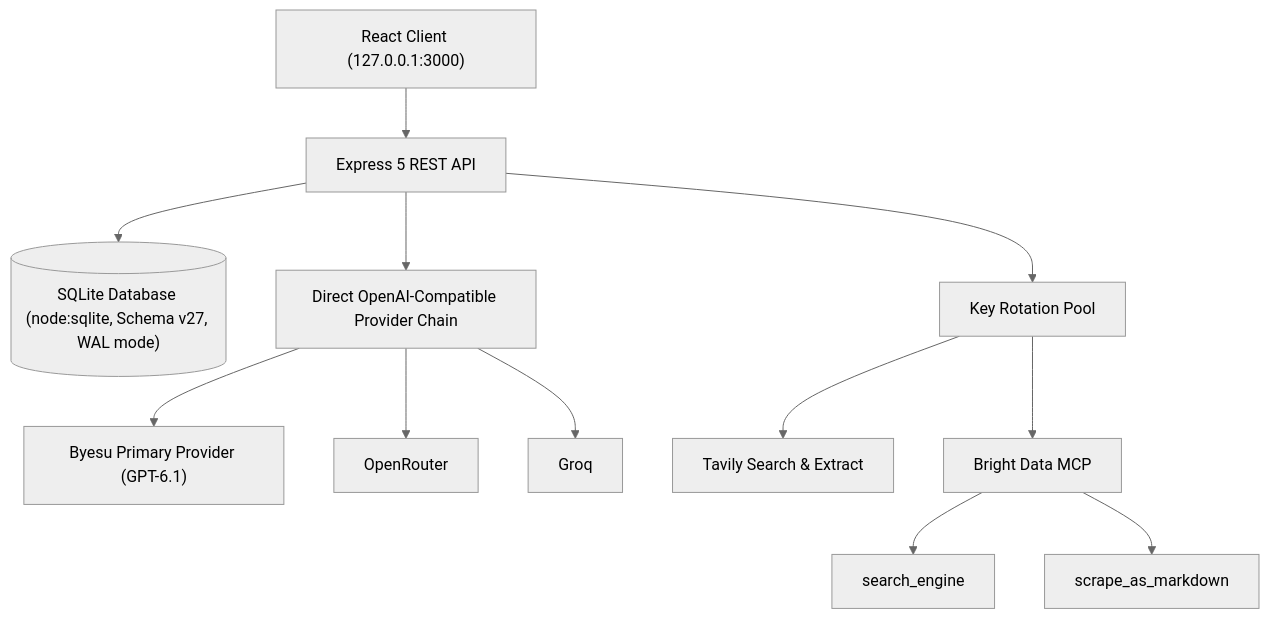
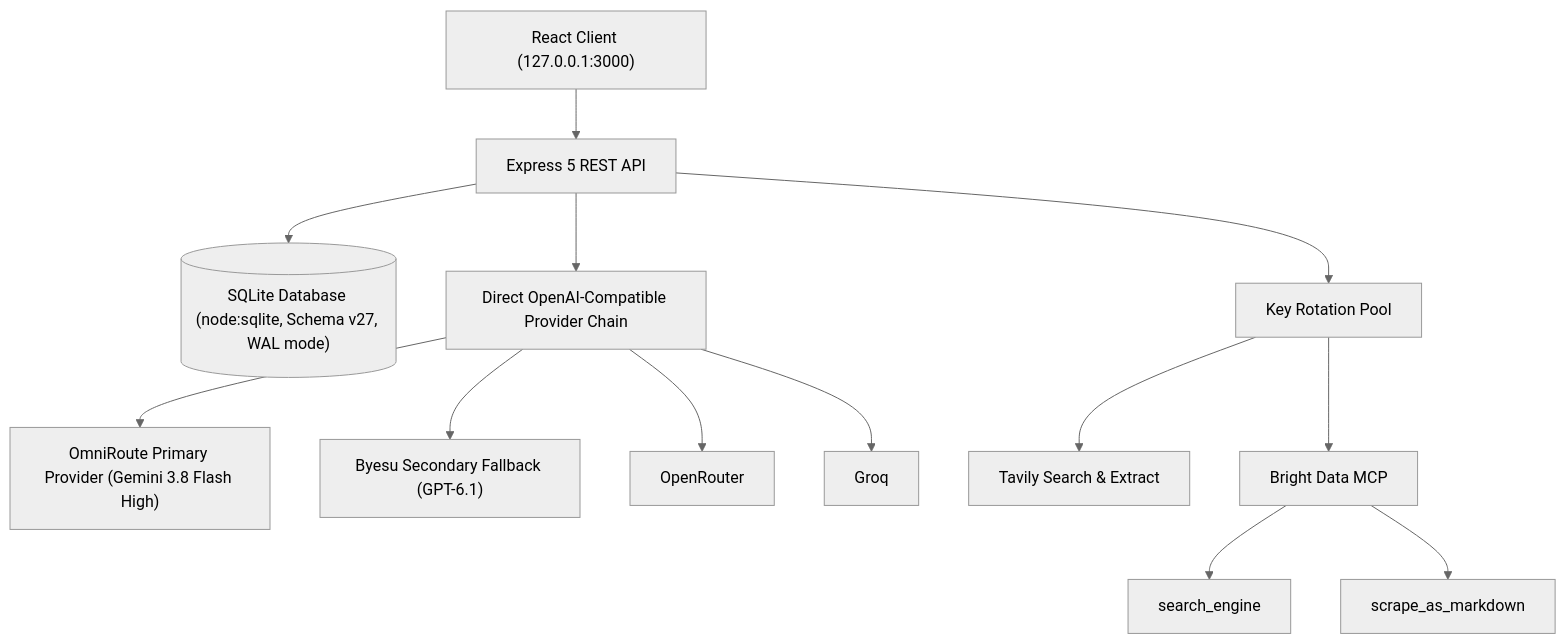
The second of 2 diagrams in README.md (AliasHolmes/Apex-CRM), drawn with Mermaid (neutral theme) before and after one commit. The commit also changed other lines of this file and 14 other files, not shown here.

First line of the commit message:
feat(llm): implement ADR-0016 OmniRoute Gemini unconstrained architecture and sync docs

````diff
--- a/README.md
+++ b/README.md
@@ -202,16 +202,17 @@
 ```mermaid
 graph TD
     UI["React Client (127.0.0.1:3000)"] --> API["Express 5 REST API"]
     API --> DB[("SQLite Database (node:sqlite, Schema v27, WAL mode)")]
 
     API --> Direct["Direct OpenAI-Compatible Provider Chain"]
-    Direct --> Primary["Byesu Primary Provider (GPT-6.1)"]
+    Direct --> Primary["OmniRoute Primary Provider (Gemini 3.8 Flash High)"]
+    Direct --> Secondary["Byesu Secondary Fallback (GPT-6.1)"]
     Direct --> OpenRouter["OpenRouter"]
     Direct --> Groq["Groq"]
 
     API --> KeyRotator["Key Rotation Pool"]
     KeyRotator --> Tavily["Tavily Search & Extract"]
     KeyRotator --> MCP["Bright Data MCP"]
     MCP --> BDSearch["search_engine"]
     MCP --> BDScrape["scrape_as_markdown"]
 ```
````
